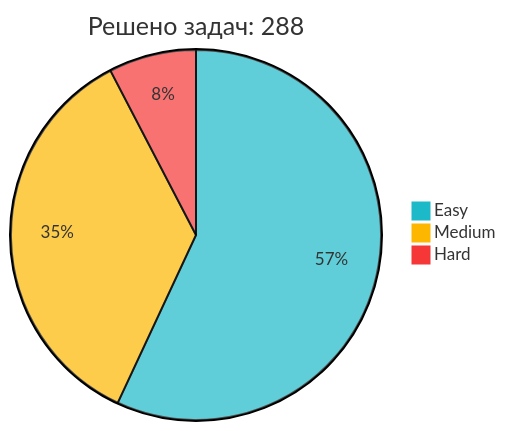
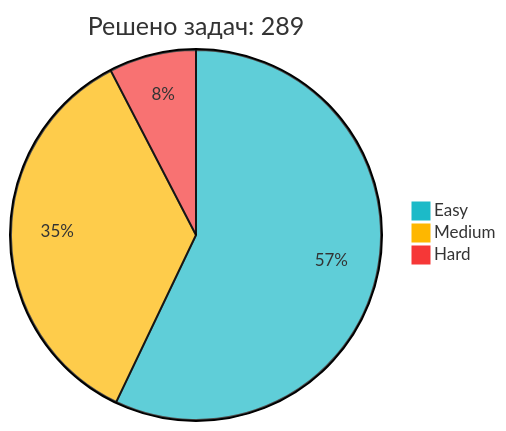
One commit to IliaKurdukov/IliaKurdukov changed the diagram in README.md. Above: the diagram before and after it, drawn with Mermaid. The commit also changed other lines of this file, not shown here.

Commit message:
📈 Обновление статистики LeetCode

````diff
--- a/README.md
+++ b/README.md
@@ -51,7 +51,7 @@
 ```mermaid
 %%{init: {'theme': 'base', 'themeVariables': { 'pie1': '#1CBAC8', 'pie2': '#FEB700', 'pie3': '#F63737' }, 'config': {'width': 300, 'height': 200}}}%%
-pie title Решено задач: 288
-   "Easy" : 164
+pie title Решено задач: 289
+   "Easy" : 165
    "Medium" : 102
    "Hard" : 22
 ```
````
